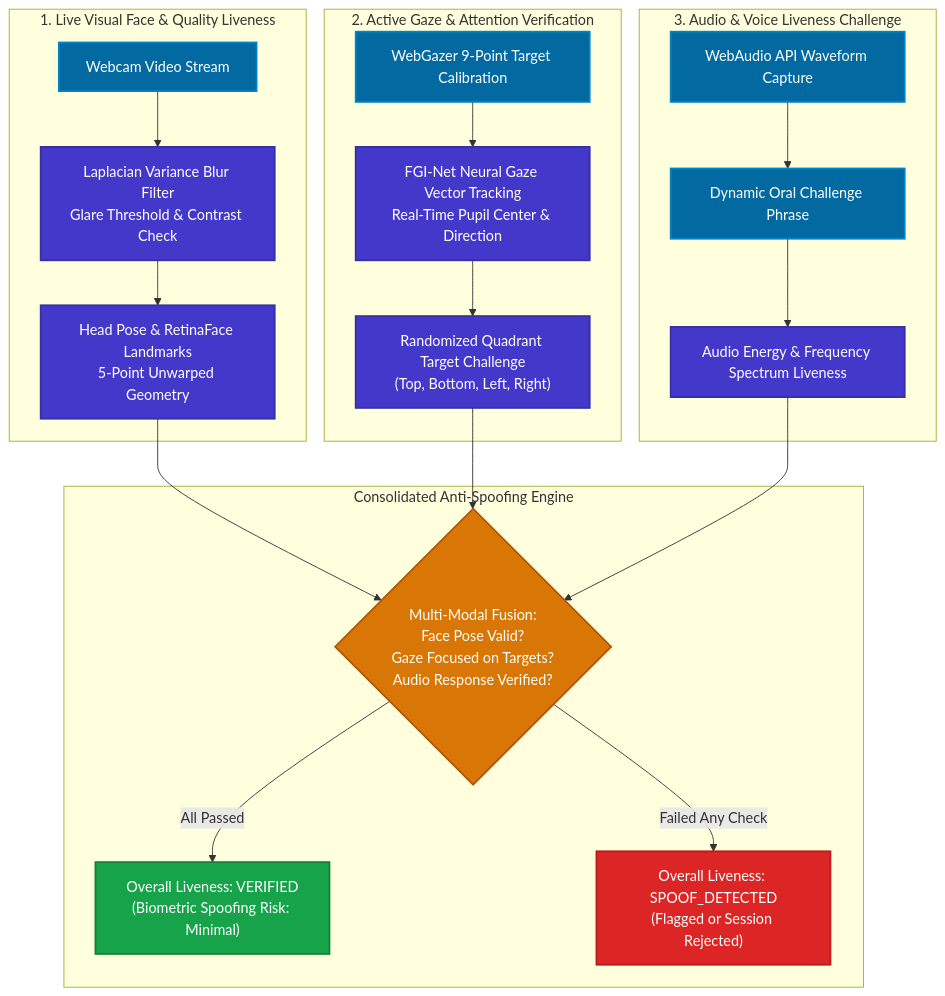
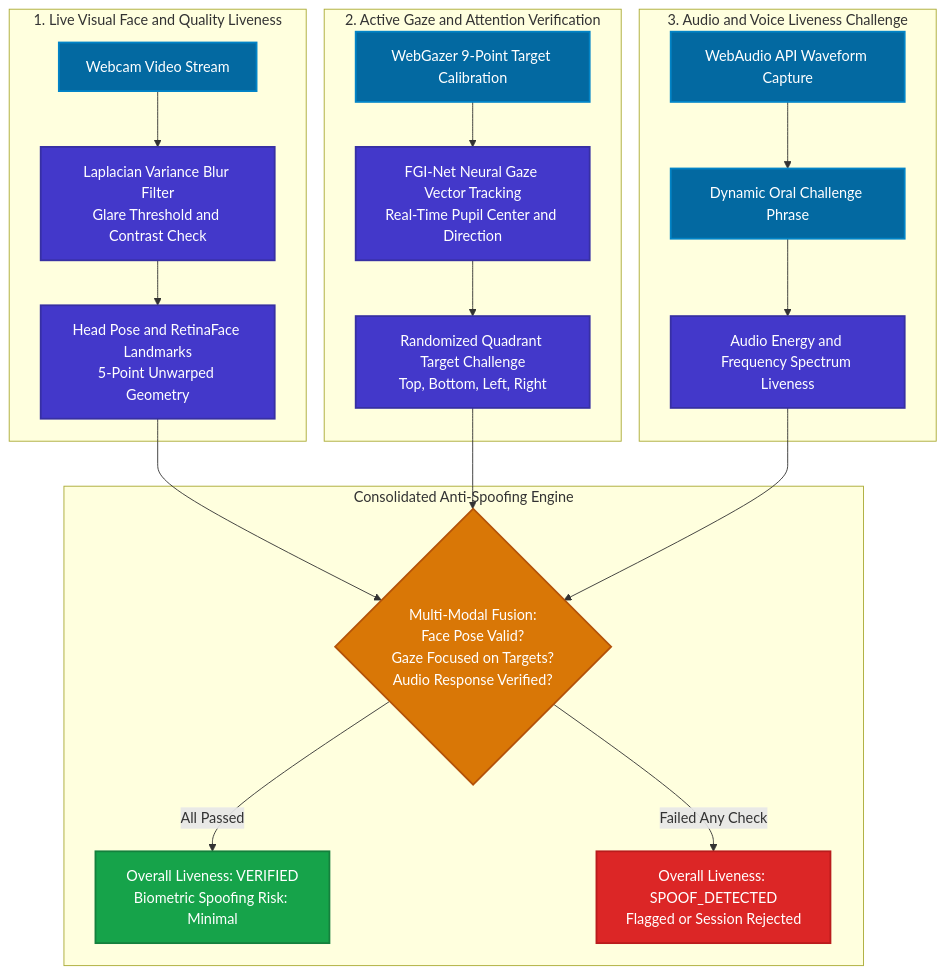
Before and after one commit to Saravanan2005real/identity-verify-mvp: the fifth of 6 diagrams in README.md, drawn with Mermaid. The commit also changed other lines of this file and 32 other files, not shown here.

Commit message:
feat: complete Supabase authentication, embedded vector architecture diagrams, and launcher scripts

````diff
--- a/README.md
+++ b/README.md
@@ -275,41 +307,41 @@
 ```mermaid
 flowchart TD
     classDef capture fill:#0369a1,stroke:#0284c7,stroke-width:2px,color:#ffffff
     classDef check fill:#4338ca,stroke:#3730a3,stroke-width:2px,color:#ffffff
     classDef decision fill:#d97706,stroke:#b45309,stroke-width:2px,color:#ffffff
     classDef pass fill:#16a34a,stroke:#15803d,stroke-width:2px,color:#ffffff
     classDef reject fill:#dc2626,stroke:#b91c1c,stroke-width:2px,color:#ffffff
 
-    subgraph Modality1 ["1. Live Visual Face & Quality Liveness"]
+    subgraph Modality1 ["1. Live Visual Face and Quality Liveness"]
         CamInput["Webcam Video Stream"]:::capture
-        QualityCheck["Laplacian Variance Blur Filter<br/>Glare Threshold & Contrast Check"]:::check
-        PoseEst["Head Pose & RetinaFace Landmarks<br/>5-Point Unwarped Geometry"]:::check
+        QualityCheck["Laplacian Variance Blur Filter<br/>Glare Threshold and Contrast Check"]:::check
+        PoseEst["Head Pose and RetinaFace Landmarks<br/>5-Point Unwarped Geometry"]:::check
         CamInput --> QualityCheck --> PoseEst
     end
 
-    subgraph Modality2 ["2. Active Gaze & Attention Verification"]
+    subgraph Modality2 ["2. Active Gaze and Attention Verification"]
         GazeGrid["WebGazer 9-Point Target Calibration"]:::capture
-        VectorTrack["FGI-Net Neural Gaze Vector Tracking<br/>Real-Time Pupil Center & Direction"]:::check
-        QuadrantSeq["Randomized Quadrant Target Challenge<br/>(Top, Bottom, Left, Right)"]:::check
+        VectorTrack["FGI-Net Neural Gaze Vector Tracking<br/>Real-Time Pupil Center and Direction"]:::check
+        QuadrantSeq["Randomized Quadrant Target Challenge<br/>Top, Bottom, Left, Right"]:::check
         GazeGrid --> VectorTrack --> QuadrantSeq
     end
 
-    subgraph Modality3 ["3. Audio & Voice Liveness Challenge"]
+    subgraph Modality3 ["3. Audio and Voice Liveness Challenge"]
         MicInput["WebAudio API Waveform Capture"]:::capture
         ChallengeGen["Dynamic Oral Challenge Phrase"]:::capture
-        SpectroCheck["Audio Energy & Frequency Spectrum Liveness"]:::check
+        SpectroCheck["Audio Energy and Frequency Spectrum Liveness"]:::check
         MicInput --> ChallengeGen --> SpectroCheck
     end
 
     subgraph VerdictEngine ["Consolidated Anti-Spoofing Engine"]
         ScoreFusion{"Multi-Modal Fusion:<br/>Face Pose Valid?<br/>Gaze Focused on Targets?<br/>Audio Response Verified?"}:::decision
-        PassAll["Overall Liveness: VERIFIED<br/>(Biometric Spoofing Risk: Minimal)"]:::pass
-        FailRisk["Overall Liveness: SPOOF_DETECTED<br/>(Flagged or Session Rejected)"]:::reject
+        PassAll["Overall Liveness: VERIFIED<br/>Biometric Spoofing Risk: Minimal"]:::pass
+        FailRisk["Overall Liveness: SPOOF_DETECTED<br/>Flagged or Session Rejected"]:::reject
     end
 
     PoseEst --> ScoreFusion
     QuadrantSeq --> ScoreFusion
     SpectroCheck --> ScoreFusion
     ScoreFusion -- All Passed --> PassAll
     ScoreFusion -- Failed Any Check --> FailRisk
 ```
````
